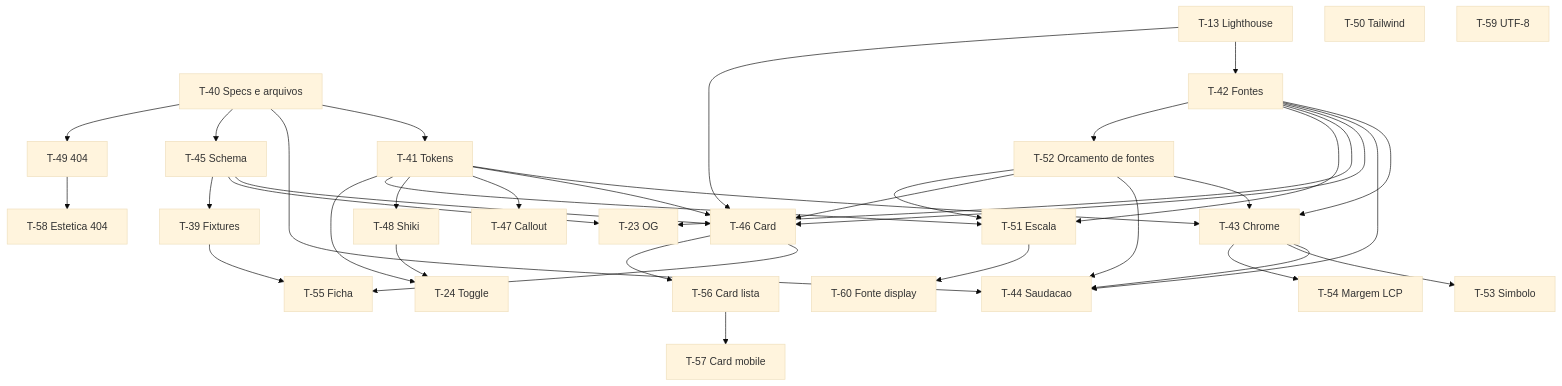
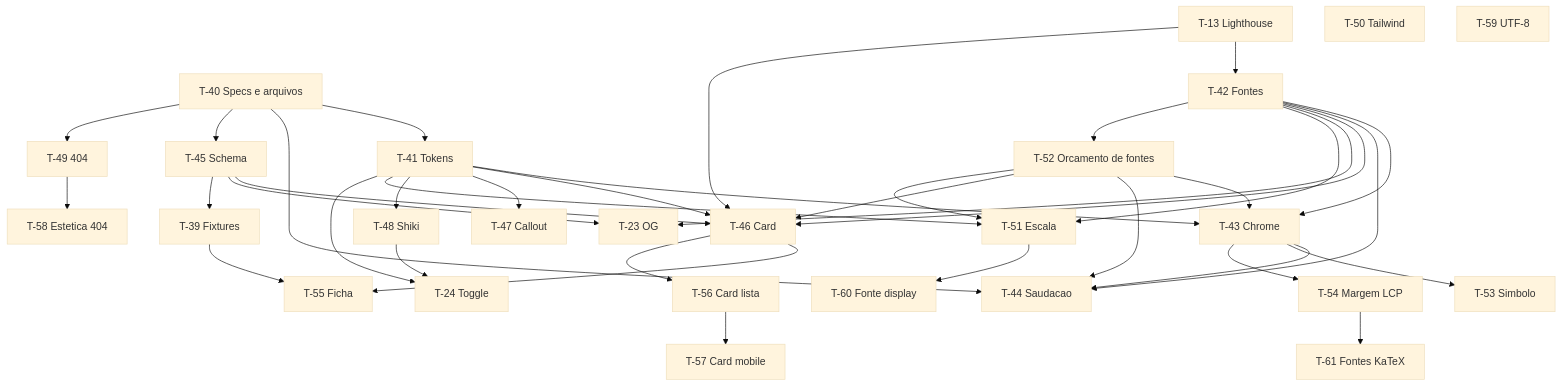
The second of 2 diagrams in specs/ROADMAP.md (Pedroknoll/blog_pedro-knoll), drawn with Mermaid (base theme) before and after one commit. The commit also changed other lines of this file and 1 other file, not shown here.

````diff
--- a/specs/ROADMAP.md
+++ b/specs/ROADMAP.md
@@ -86,63 +86,65 @@
 ```mermaid
 flowchart TD
   T40[T-40 Specs e arquivos]
   T41[T-41 Tokens]
   T13[T-13 Lighthouse]
   T42[T-42 Fontes]
   T51[T-51 Escala]
   T52[T-52 Orcamento de fontes]
   T43[T-43 Chrome]
   T44[T-44 Saudacao]
   T45[T-45 Schema]
   T46[T-46 Card]
   T47[T-47 Callout]
   T48[T-48 Shiki]
   T49[T-49 404]
   T50[T-50 Tailwind]
   T23[T-23 OG]
   T24[T-24 Toggle]
   T39[T-39 Fixtures]
   T53[T-53 Simbolo]
   T54[T-54 Margem LCP]
   T55[T-55 Ficha]
   T56[T-56 Card lista]
   T57[T-57 Card mobile]
   T58[T-58 Estetica 404]
   T59[T-59 UTF-8]
   T60[T-60 Fonte display]
+  T61[T-61 Fontes KaTeX]
   T40 --> T41
   T40 --> T44
   T40 --> T45
   T40 --> T49
   T13 --> T42
   T41 --> T43
   T42 --> T43
   T43 --> T44
   T42 --> T44
   T13 --> T46
   T41 --> T46
   T42 --> T46
   T45 --> T46
   T41 --> T47
   T41 --> T48
   T45 --> T23
   T42 --> T23
   T42 --> T51
   T41 --> T51
   T42 --> T52
   T52 --> T43
   T52 --> T44
   T52 --> T46
   T52 --> T51
   T45 --> T39
   T41 --> T24
   T48 --> T24
   T43 --> T53
   T43 --> T54
   T39 --> T55
   T46 --> T55
   T46 --> T56
   T56 --> T57
   T49 --> T58
   T51 --> T60
+  T54 --> T61
 ```
````
